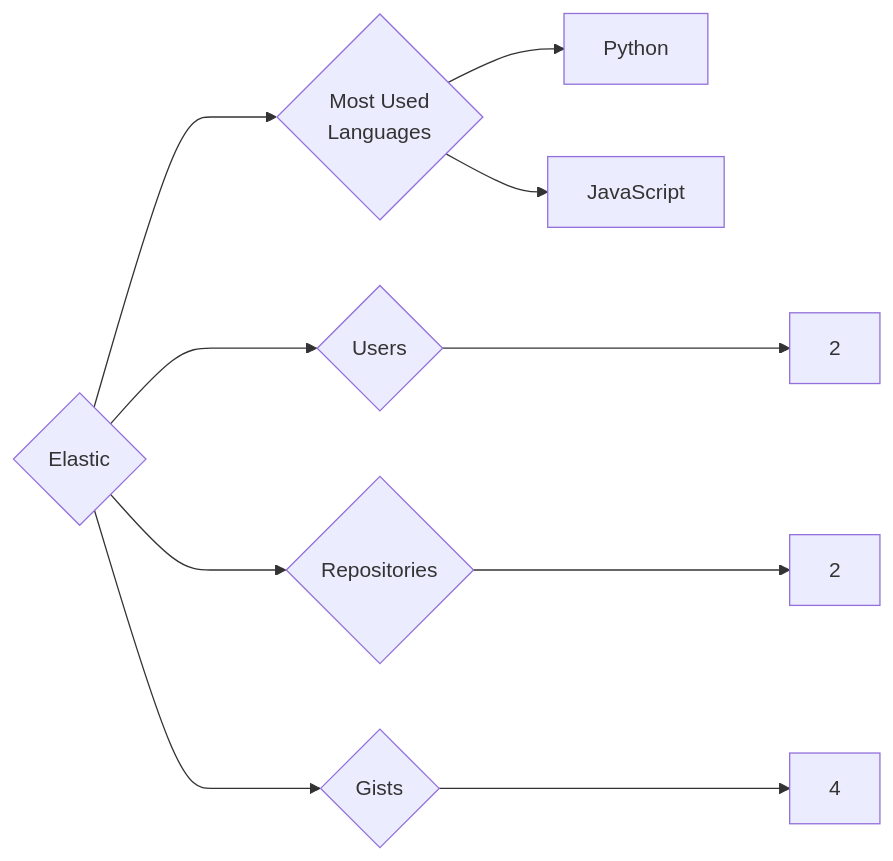
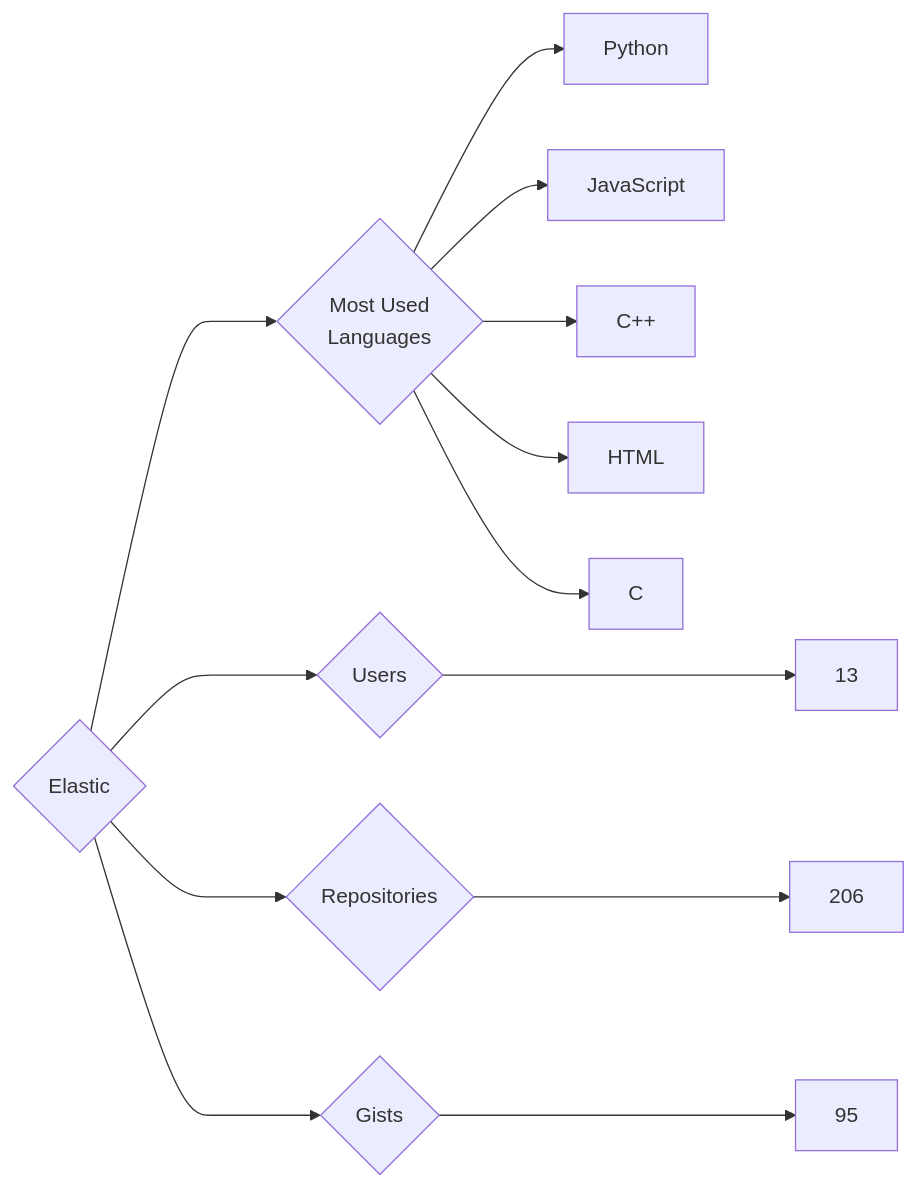
One commit to trickest/insiders changed the diagram in targets/Elastic/README.md. Above: the diagram before and after it, drawn with Mermaid. The commit also changed 1149 other files, not shown here.

````diff
--- a/targets/Elastic/README.md
+++ b/targets/Elastic/README.md
@@ -3,10 +3,13 @@
 ```mermaid
 graph LR
 COMPANY_NAME{Elastic}
-COMPANY_NAME ---> U{Users} ---> UN[2]
-COMPANY_NAME ---> R{Repositories} ---> RN[2]
-COMPANY_NAME ---> G{Gists} ---> GN[4]
+COMPANY_NAME ---> U{Users} ---> UN[13]
+COMPANY_NAME ---> R{Repositories} ---> RN[206]
+COMPANY_NAME ---> G{Gists} ---> GN[95]
 COMPANY_NAME ---> ML{Most Used<br>Languages}
 ML --> Python[Python]
 ML --> JavaScript[JavaScript]
+ML --> C++[C++]
+ML --> HTML[HTML]
+ML --> C[C]
 ```
````
